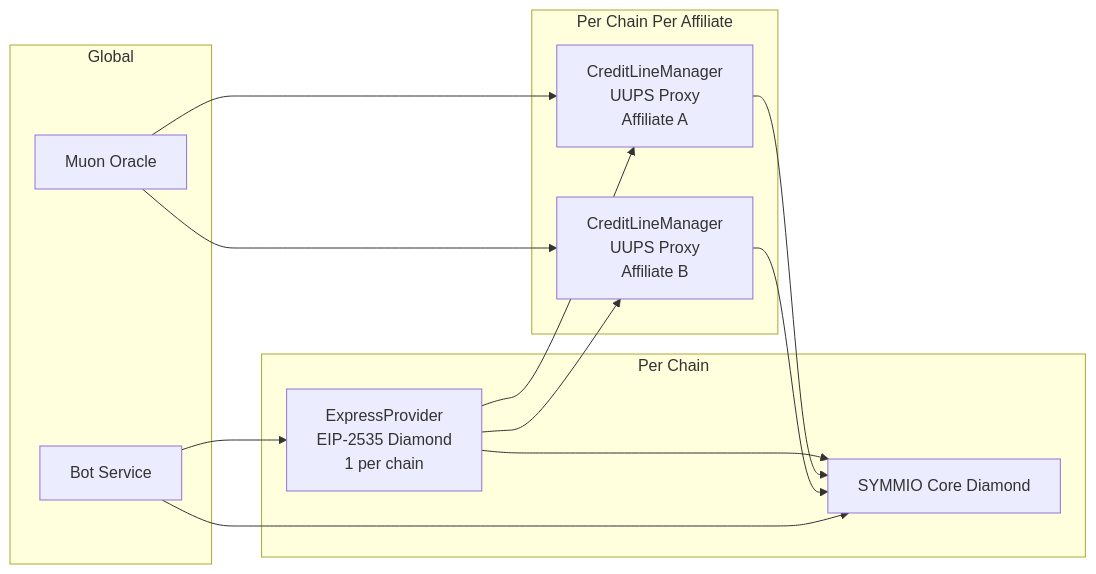
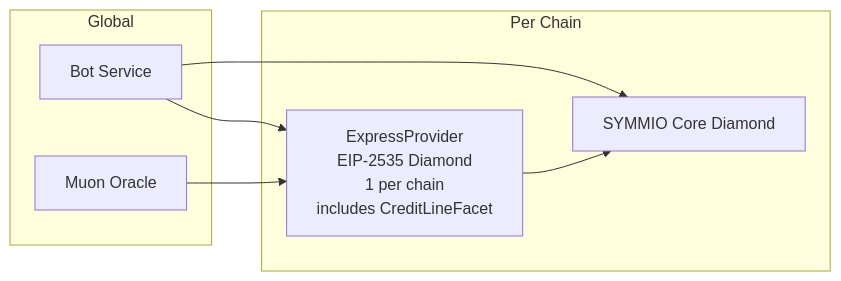
One commit to SYMM-IO/perps-core changed diagram 15 of 15 in docs/v0.8.6/express-withdrawal-system-design.md. Above: the diagram before and after it, drawn with Mermaid. The commit also changed other lines of this file and 1 other file, not shown here.

Commit message:
docs: update express layer docs for CreditLineFacet migration

````diff
--- a/docs/v0.8.6/express-withdrawal-system-design.md
+++ b/docs/v0.8.6/express-withdrawal-system-design.md
@@ -882,25 +876,16 @@
 ```mermaid
 flowchart LR
     subgraph "Per Chain"
         SYMMIO[SYMMIO Core Diamond]
-        EC[ExpressProvider<br/>EIP-2535 Diamond<br/>1 per chain]
-    end
-    subgraph "Per Chain Per Affiliate"
-        CLM1[CreditLineManager<br/>UUPS Proxy<br/>Affiliate A]
-        CLM2[CreditLineManager<br/>UUPS Proxy<br/>Affiliate B]
+        EC[ExpressProvider<br/>EIP-2535 Diamond<br/>1 per chain<br/>includes CreditLineFacet]
     end
     subgraph "Global"
         Bot[Bot Service]
         Muon[Muon Oracle]
     end
 
     EC --> SYMMIO
-    CLM1 --> SYMMIO
-    CLM2 --> SYMMIO
-    EC --> CLM1
-    EC --> CLM2
     Bot --> EC
     Bot --> SYMMIO
-    Muon --> CLM1
-    Muon --> CLM2
+    Muon --> EC
 ```
````
